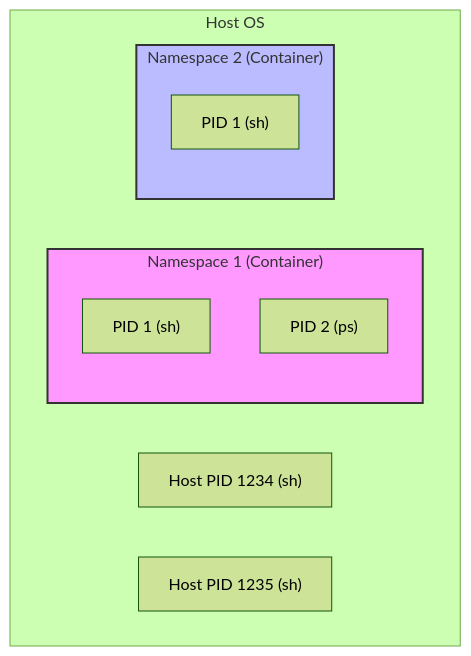
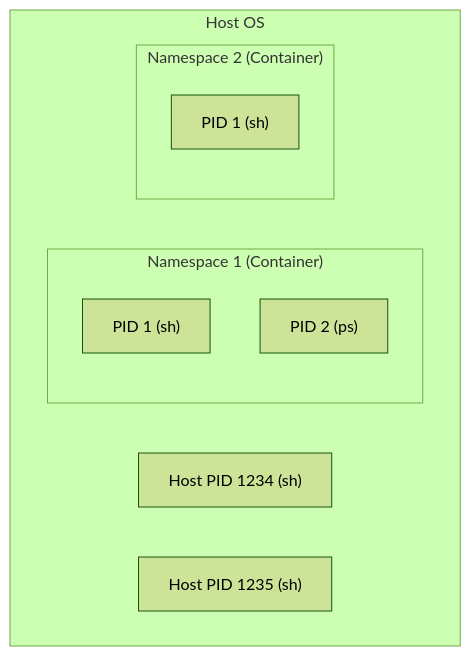
Before and after one commit to sokoide/workshop: the diagram in infra/container_runtime_ja.md, drawn with Mermaid (forest theme). The commit also changed other lines of this file and 27 other files, not shown here.

````diff
--- a/infra/container_runtime_ja.md
+++ b/infra/container_runtime_ja.md
@@ -84,16 +9,14 @@
 ```mermaid
 graph TD
     subgraph Host ["Host OS"]
         subgraph NS1 ["Namespace 1 (Container)"]
             P1["PID 1 (sh)"]
             P2["PID 2 (ps)"]
         end
         subgraph NS2 ["Namespace 2 (Container)"]
             P3["PID 1 (sh)"]
         end
         HP1["Host PID 1234 (sh)"]
         HP2["Host PID 1235 (sh)"]
     end
-    style NS1 fill:#f9f,stroke:#333,stroke-width:2px
-    style NS2 fill:#bbf,stroke:#333,stroke-width:2px
 ```
````
